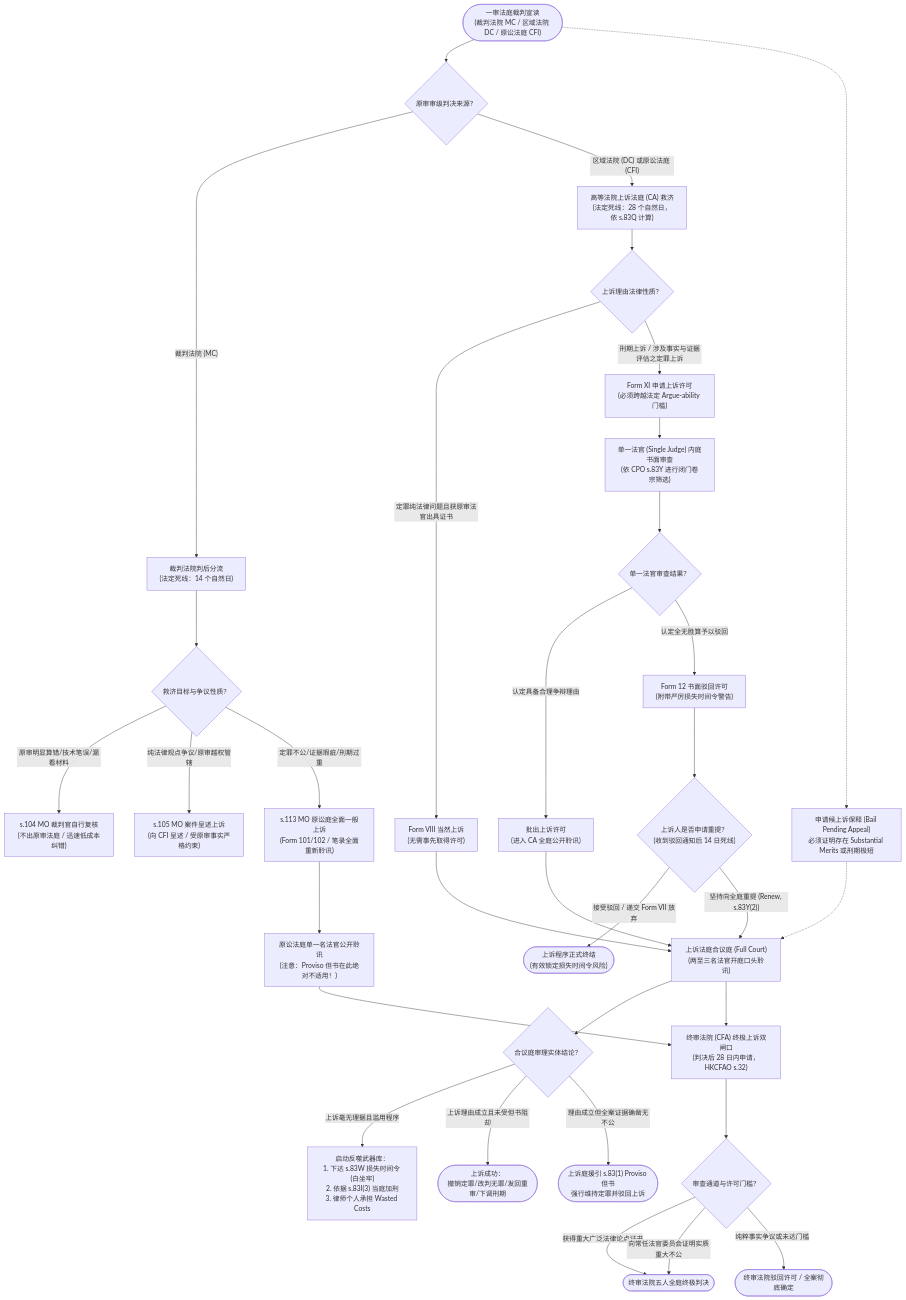
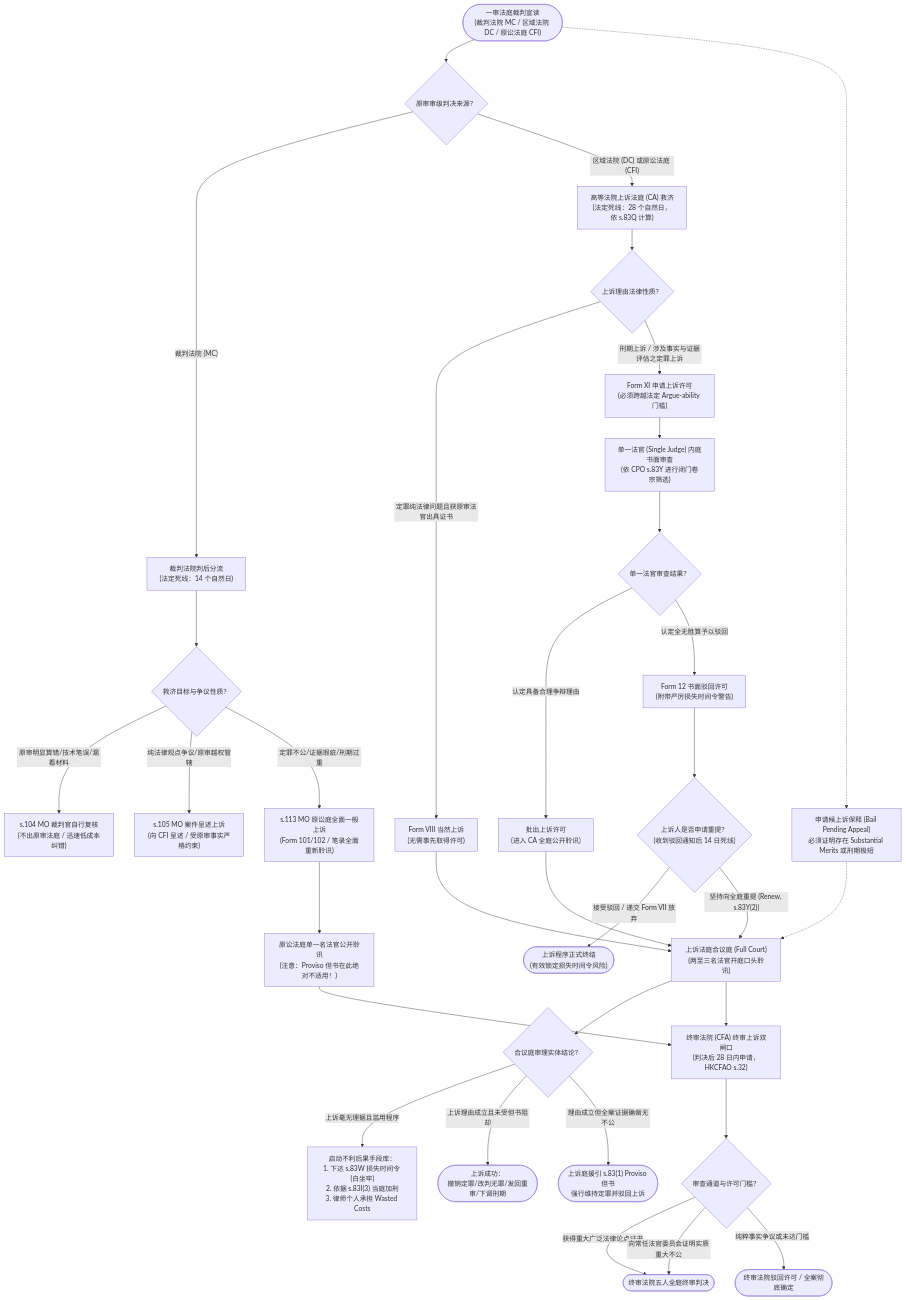
One commit to mixxmax/pcll-criminal-cards changed the first of 4 diagrams in src/content/docs/institutions/16-institution-criminal-appeals.md. Above: the diagram before and after it, drawn with Mermaid. The commit also changed other lines of this file and 2 other files, not shown here.

````diff
--- a/src/content/docs/institutions/16-institution-criminal-appeals.md
+++ b/src/content/docs/institutions/16-institution-criminal-appeals.md
@@ -82,50 +82,50 @@
 ```mermaid
 flowchart TD
  %% 阶段一：一审裁判宣布与分流
  START(["一审法庭裁判宣读<br>(裁判法院 MC / 区域法院 DC / 原讼法庭 CFI)"]) --> FORK{"原审审级判决来源？"}
 
  %% 阶段二：裁判法院 14日救济分流
  FORK -- "裁判法院 (MC)" --> MC_ROUTE["裁判法院判后分流<br>(法定死线：14 个自然日)"]
  MC_ROUTE --> MC_OPT{"救济目标与争议性质？"}
  MC_OPT -- "原审明显算错/技术笔误/漏看材料" --> MC_104["s.104 MO 裁判官自行复核<br>(不出原审法庭 / 迅速低成本纠错)"]
  MC_OPT -- "纯法律观点争议/原审越权管辖" --> MC_105["s.105 MO 案件呈述上诉<br>(向 CFI 呈述 / 受原审事实严格约束)"]
  MC_OPT -- "定罪不公/证据瑕疵/刑期过重" --> MC_113["s.113 MO 原讼庭全面一般上诉<br>(Form 101/102 / 笔录全面重新聆讯)"]
 
  %% 阶段三：高等法院 28日上诉与许可门槛
  FORK -- "区域法院 (DC) 或原讼法庭 (CFI)" --> HC_ROUTE["高等法院上诉法庭 (CA) 救济<br>(法定死线：28 个自然日，依 s.83Q 计算)"]
  HC_ROUTE --> HC_LEAVE{"上诉理由法律性质？"}
  HC_LEAVE -- "定罪纯法律问题且获原审法官出具证书" --> FORM_VIII["Form VIII 当然上诉<br>(无需事先取得许可)"]
  HC_LEAVE -- "刑期上诉 / 涉及事实与证据评估之定罪上诉" --> FORM_XI["Form XI 申请上诉许可<br>(必须跨越法定 Argue-ability 门槛)"]
 
  %% 阶段四：单一法官把关与重提
  FORM_XI --> SINGLE_JUDGE["单一法官 (Single Judge) 内庭书面审查<br>(依 CPO s.83Y 进行闭门卷宗筛选)"]
  SINGLE_JUDGE --> SJ_DECISION{"单一法官审查结果？"}
  SJ_DECISION -- "认定具备合理争辩理由" --> GRANT_LEAVE["批出上诉许可<br>(进入 CA 全庭公开聆讯)"]
  SJ_DECISION -- "认定全无胜算予以驳回" --> REFUSE_LEAVE["Form 12 书面驳回许可<br>(附带严厉损失时间令警告)"]
 
  REFUSE_LEAVE --> RENEW_DECISION{"上诉人是否申请重提？<br>(收到驳回通知后 14 日死线)"}
  RENEW_DECISION -- "接受驳回 / 递交 Form VII 放弃" --> END_DISMISS(["上诉程序正式终结<br>(有效锁定损失时间令风险)"])
  RENEW_DECISION -- "坚持向全庭重提 (Renew, s.83Y(2))" --> FULL_COURT["上诉法庭合议庭 (Full Court)<br>(两至三名法官开庭口头聆讯)"]
 
- %% 阶段五：公开开庭与反噬风险对决
+ %% 阶段五：公开开庭与上诉风险审理
  GRANT_LEAVE --> FULL_COURT
  FORM_VIII --> FULL_COURT
  MC_113 --> CFI_HEARING["原讼法庭单一名法官公开聆讯<br>(注意：Proviso 但书在此绝对不适用！)"]
 
  FULL_COURT --> MERIT_CHECK{"合议庭审理实体结论？"}
- MERIT_CHECK -- "上诉毫无理据且滥用程序" --> LOSS_TIME["启动反噬武器库：<br>1. 下达 s.83W 损失时间令 (白坐牢)<br>2. 依据 s.83I(3) 当庭加刑<br>3. 律师个人承担 Wasted Costs"]
+ MERIT_CHECK -- "上诉毫无理据且滥用程序" --> LOSS_TIME["启动不利后果手段库：<br>1. 下达 s.83W 损失时间令 (白坐牢)<br>2. 依据 s.83I(3) 当庭加刑<br>3. 律师个人承担 Wasted Costs"]
  MERIT_CHECK -- "上诉理由成立且未受但书阻却" --> WIN_APPEAL(["上诉成功：<br>撤销定罪/改判无罪/发回重审/下调刑期"])
  MERIT_CHECK -- "理由成立但全案证据确凿无不公" --> PROVISO_APPLY(["上诉庭援引 s.83(1) Proviso 但书<br>强行维持定罪并驳回上诉"])
 
- %% 阶段六：终审法院终极通道
- FULL_COURT --> CFA_ROUTE["终审法院 (CFA) 终极上诉双闸口<br>(判决后 28 日内申请，HKCFAO s.32)"]
+ %% 阶段六：终审法院终审通道
+ FULL_COURT --> CFA_ROUTE["终审法院 (CFA) 终审上诉双闸口<br>(判决后 28 日内申请，HKCFAO s.32)"]
  CFI_HEARING --> CFA_ROUTE
  CFA_ROUTE --> CFA_GATE{"审查通道与许可门槛？"}
- CFA_GATE -- "获得重大广泛法律论点证书" --> CFA_FINAL(["终审法院五人全庭终极判决"])
+ CFA_GATE -- "获得重大广泛法律论点证书" --> CFA_FINAL(["终审法院五人全庭终审判决"])
  CFA_GATE -- "向常任法官委员会证明实质重大不公" --> CFA_FINAL
  CFA_GATE -- "纯粹事实争议或未达门槛" --> CFA_REFUSE(["终审法院驳回许可 / 全案彻底确定"])
 
  %% 贯穿始终的候审保释
  START -.-> BAIL_PENDING["申请候上诉保释 (Bail Pending Appeal)<br>必须证明存在 Substantial Merits 或刑期极短"]
  BAIL_PENDING -.-> FULL_COURT
 ```
````
